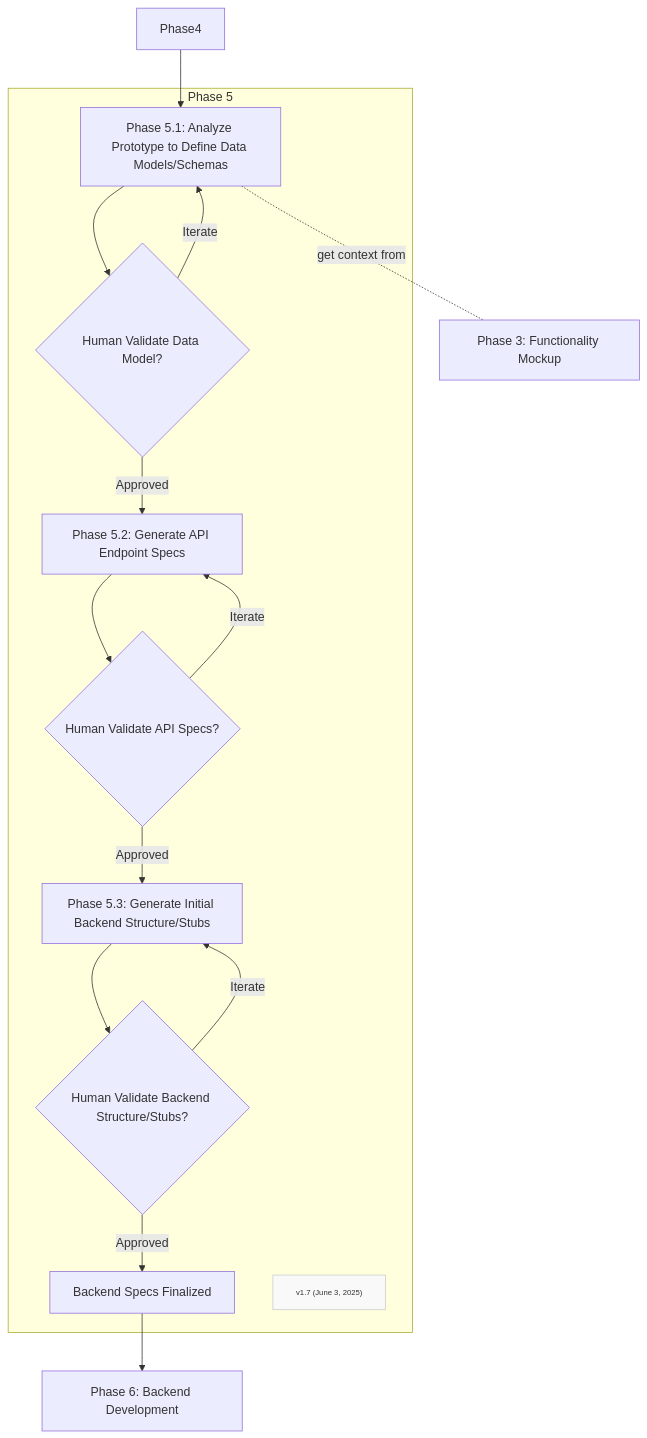
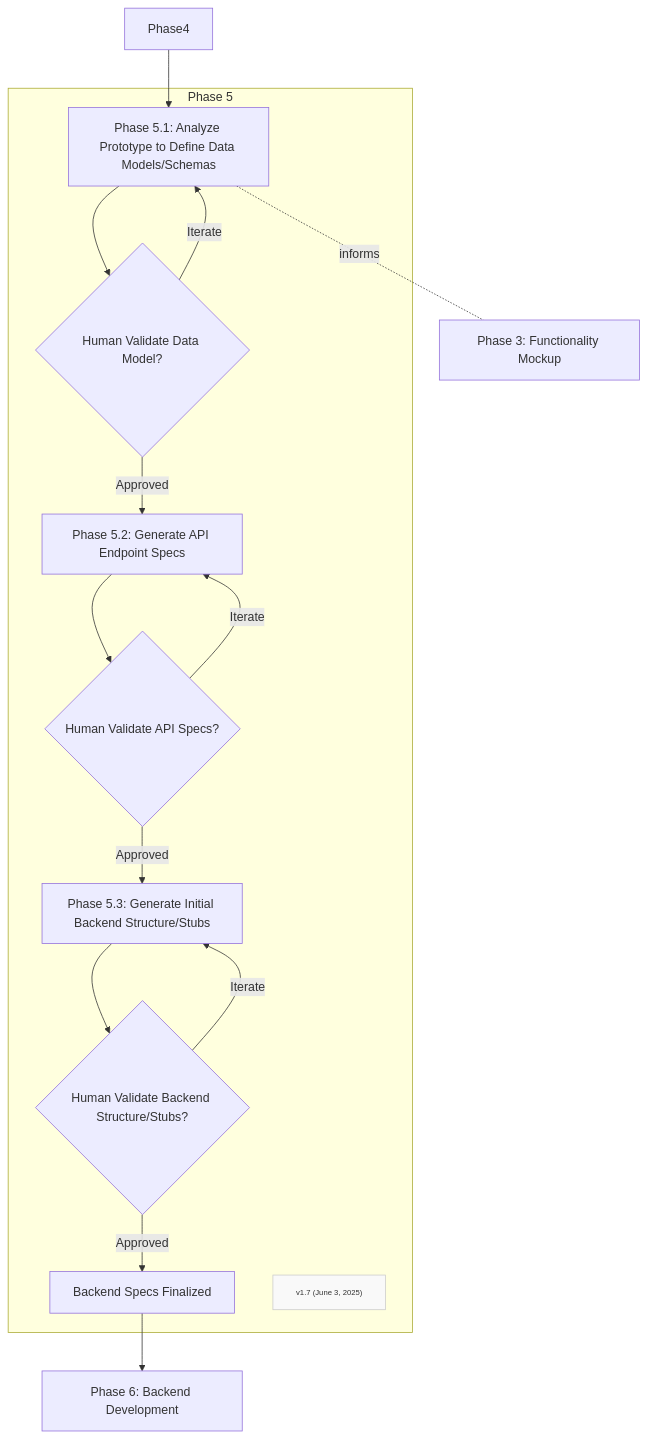
The diagram in Phases/FF-phase5.md (Mharbulous/Front-First-Method), drawn with Mermaid before and after one commit.

Commit message:
refine phase 5 diagram

````diff
--- a/Phases/FF-phase5.md
+++ b/Phases/FF-phase5.md
@@ -1,25 +1,25 @@
 ```mermaid
 graph TD
 
 Phase4 --> Phase5_1
 
     subgraph Phase5["Phase 5"]
         Phase5_1["Phase 5.1: Analyze Prototype to Define Data Models/Schemas"]    
         Phase5_1 --> Phase5_1_Val{"Human Validate Data Model?"}
         Phase5_1_Val -->|Iterate| Phase5_1
         Phase5_1_Val -->|Approved| Phase5_2["Phase 5.2: Generate API Endpoint Specs"]
         Phase5_2 --> Phase5_2_Val{"Human Validate API Specs?"}
         Phase5_2_Val -->|Iterate| Phase5_2
         Phase5_2_Val -->|Approved| Phase5_3["Phase 5.3: Generate Initial Backend Structure/Stubs"]
         Phase5_3 --> Phase5_3_Val{"Human Validate Backend Structure/Stubs?"}
         Phase5_3_Val -->|Iterate| Phase5_3
         Phase5_3_Val -->|Approved| BackendSpecsFinalized["Backend Specs Finalized"]
         Version["v1.7 (June 3, 2025)"]
         classDef version fill:#f9f9f9,stroke:#ccc,font-size:10px
         class Version version
     end
  
-Phase5_1 <-.-|get context from|Phase3["Phase 3: Functionality Mockup"]
+Phase5_1 <-.- |informs|Phase3["Phase 3: Functionality Mockup"]
 
 BackendSpecsFinalized --> Phase6["Phase 6: Backend Development"]
 ```
````
